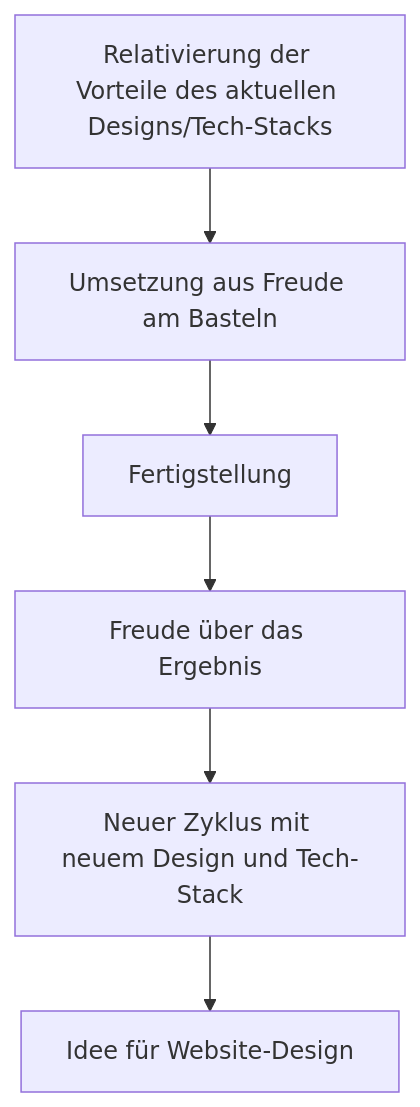
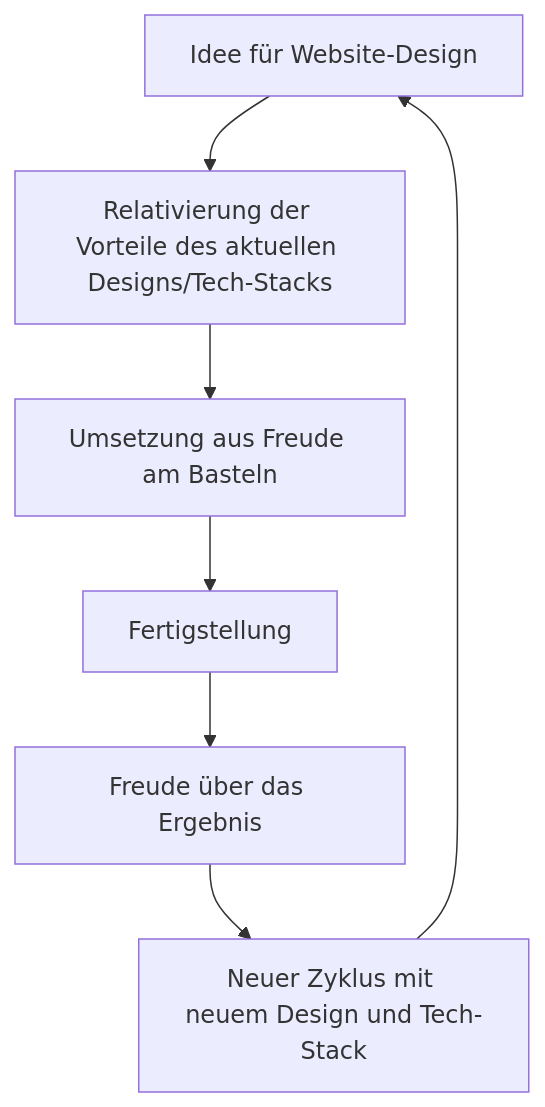
The diagram in docs/blog/posts/mkdocs.md (flowinho/mkdocs-site), drawn with Mermaid before and after one commit.

Commit message:
Mermaid doesnt seem to work

````diff
--- a/docs/blog/posts/mkdocs.md
+++ b/docs/blog/posts/mkdocs.md
@@ -19,10 +19,11 @@
-``` mermaid
+```mermaid
 graph TD
   A[Idee für Website-Design]
   B[Relativierung der Vorteile des aktuellen Designs/Tech-Stacks]
+  A --> B
   B --> C[Umsetzung aus Freude am Basteln]
   C --> D[Fertigstellung]
   D --> E[Freude über das Ergebnis]
   E --> F[Neuer Zyklus mit neuem Design und Tech-Stack]
   F --> A
 ```
````
